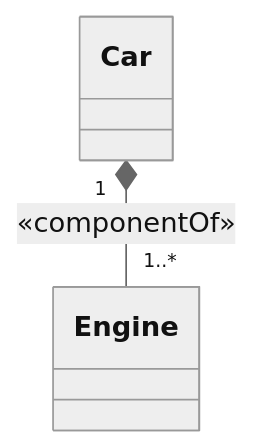
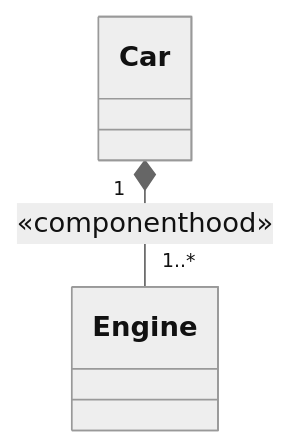
Before and after one commit to OntoUML/ontouml-schema: the second of 2 diagrams in website/docs/abstract-syntax/binary-relation.md, drawn with Mermaid (neutral theme). The commit also changed other lines of this file and 10 other files, not shown here.

````diff
--- a/website/docs/abstract-syntax/binary-relation.md
+++ b/website/docs/abstract-syntax/binary-relation.md
@@ -114,6 +114,6 @@
 ```mermaid
 classDiagram
   class Car
   class Engine
-  Car "1" *-- "1..*" Engine : «componentOf»
+  Car "1" *-- "1..*" Engine : «componenthood»
 ```
````
